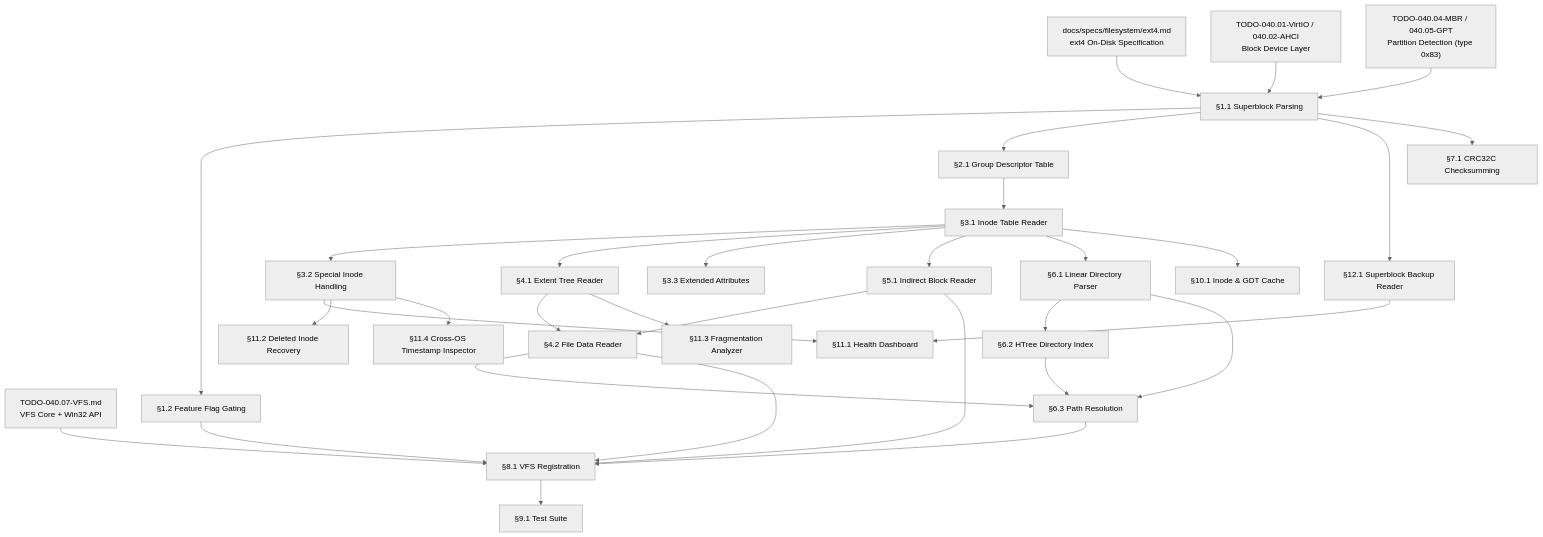
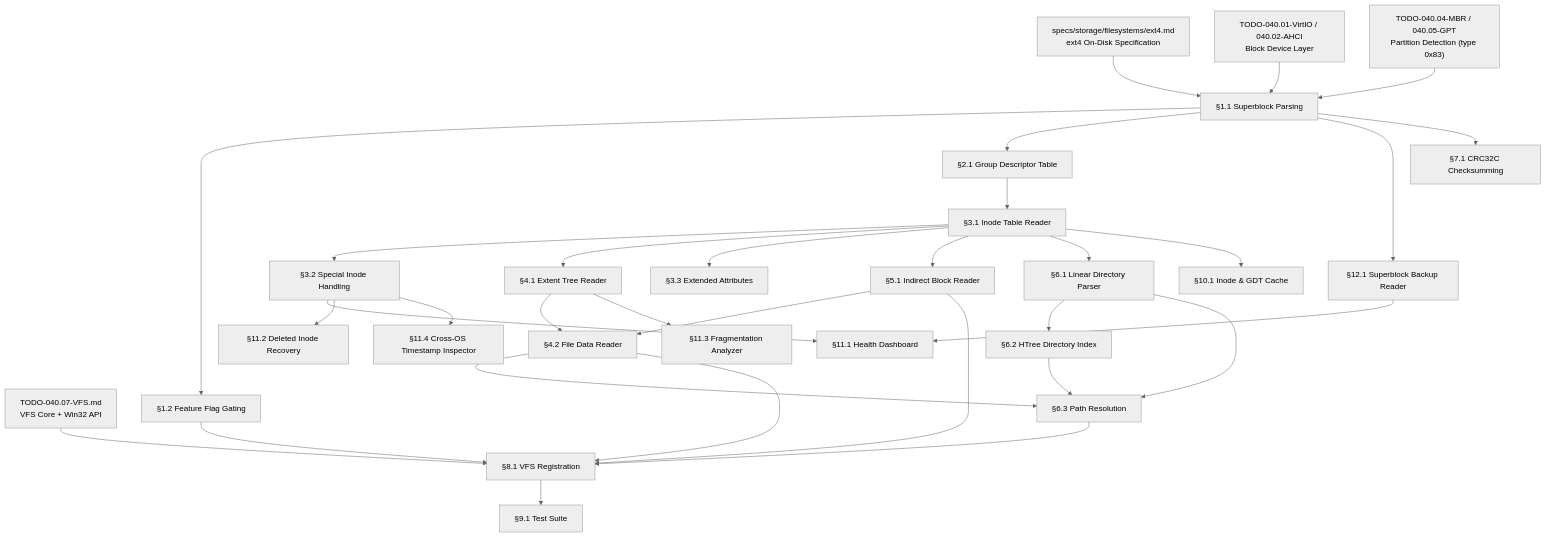
The diagram in todo/010-Kernel-Foundations/TODO-040-Filesystem/TODO-040.09-ext4.md (rizonesoft/impossible-os), drawn with Mermaid (neutral theme) before and after one commit. The commit also changed other lines of this file and 14 other files, not shown here.

Commit message:
todo: add TODO-040.18 ISO 9660 / ECMA-119 roadmap

````diff
--- a/todo/010-Kernel-Foundations/TODO-040-Filesystem/TODO-040.09-ext4.md
+++ b/todo/010-Kernel-Foundations/TODO-040-Filesystem/TODO-040.09-ext4.md
@@ -39,61 +39,61 @@
 ```mermaid
 graph TD
-    SPEC["docs/specs/filesystem/ext4.md<br/>ext4 On-Disk Specification"]
+    SPEC["specs/storage/filesystems/ext4.md<br/>ext4 On-Disk Specification"]
     BLK["TODO-040.01-VirtIO / 040.02-AHCI<br/>Block Device Layer"]
     PART["TODO-040.04-MBR / 040.05-GPT<br/>Partition Detection (type 0x83)"]
     VFS["TODO-040.07-VFS.md<br/>VFS Core + Win32 API"]
 
     A["§1.1 Superblock Parsing"]
     B["§1.2 Feature Flag Gating"]
     SB["§12.1 Superblock Backup Reader"]
     C["§2.1 Group Descriptor Table"]
     D["§3.1 Inode Table Reader"]
     E["§3.2 Special Inode Handling"]
     F["§3.3 Extended Attributes"]
     G["§4.1 Extent Tree Reader"]
     H["§4.2 File Data Reader"]
     I["§5.1 Indirect Block Reader"]
     J["§6.1 Linear Directory Parser"]
     K["§6.2 HTree Directory Index"]
     L["§6.3 Path Resolution"]
     M["§7.1 CRC32C Checksumming"]
     N["§8.1 VFS Registration"]
     O["§9.1 Test Suite"]
     P["§10.1 Inode & GDT Cache"]
     Q["§11.1 Health Dashboard"]
     R["§11.2 Deleted Inode Recovery"]
     S["§11.3 Fragmentation Analyzer"]
     T["§11.4 Cross-OS Timestamp Inspector"]
 
     SPEC --> A
     BLK --> A
     PART --> A
     A --> B
     A --> C
     A --> SB
     A --> M
     C --> D
     D --> E
     D --> G
     D --> F
     D --> I
     D --> J
     D --> P
     G --> H
     I --> H
     H --> L
     H --> N
     J --> K
     J --> L
     K --> L
     L --> N
     VFS --> N
     B --> N
     I --> N
     N --> O
     E --> Q
     E --> R
     G --> S
     E --> T
     SB --> Q
 ```
````
